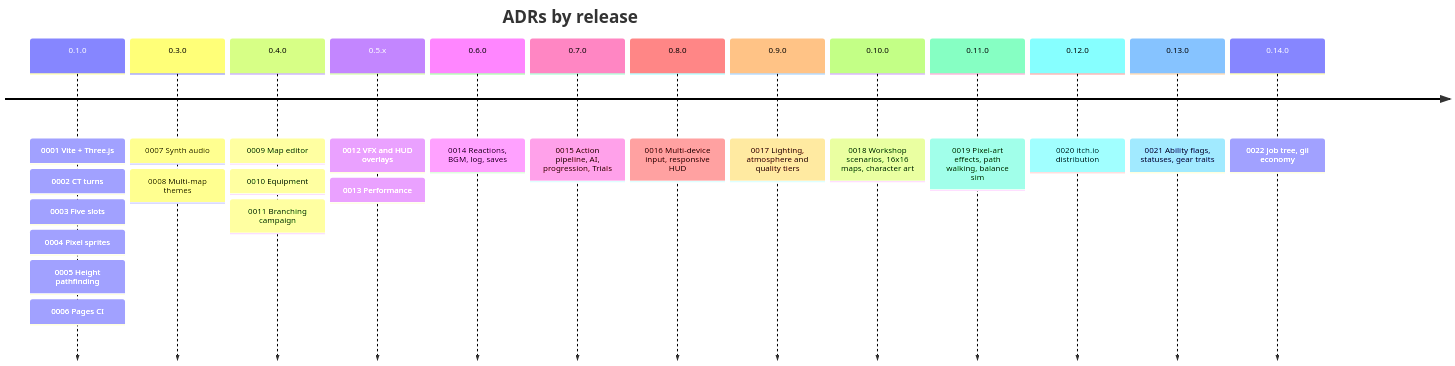
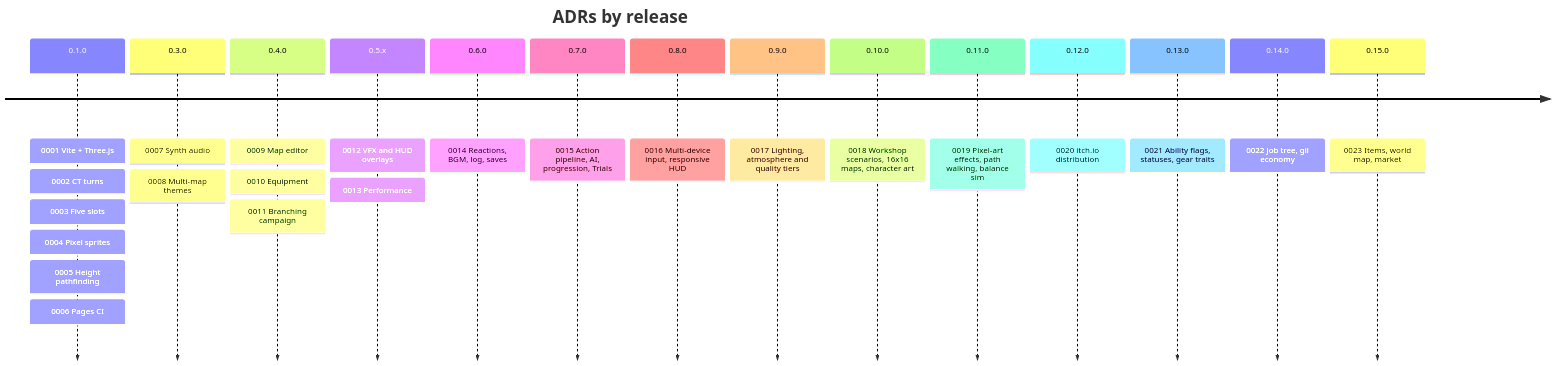
Before and after one commit to CptNope/Chess-RPG-Tactics: the second of 2 diagrams in docs/README.md, drawn with Mermaid. The commit also changed other lines of this file and 43 other files, not shown here.

````diff
--- a/docs/README.md
+++ b/docs/README.md
@@ -52,17 +52,18 @@
 ```mermaid
 timeline
     title ADRs by release
     0.1.0 : 0001 Vite + Three.js : 0002 CT turns : 0003 Five slots : 0004 Pixel sprites : 0005 Height pathfinding : 0006 Pages CI
     0.3.0 : 0007 Synth audio : 0008 Multi-map themes
     0.4.0 : 0009 Map editor : 0010 Equipment : 0011 Branching campaign
     0.5.x : 0012 VFX and HUD overlays : 0013 Performance
     0.6.0 : 0014 Reactions, BGM, log, saves
     0.7.0 : 0015 Action pipeline, AI, progression, Trials
     0.8.0 : 0016 Multi-device input, responsive HUD
     0.9.0 : 0017 Lighting, atmosphere and quality tiers
     0.10.0 : 0018 Workshop scenarios, 16x16 maps, character art
     0.11.0 : 0019 Pixel-art effects, path walking, balance sim
     0.12.0 : 0020 itch.io distribution
     0.13.0 : 0021 Ability flags, statuses, gear traits
     0.14.0 : 0022 Job tree, gil economy
+    0.15.0 : 0023 Items, world map, market
 ```
````
